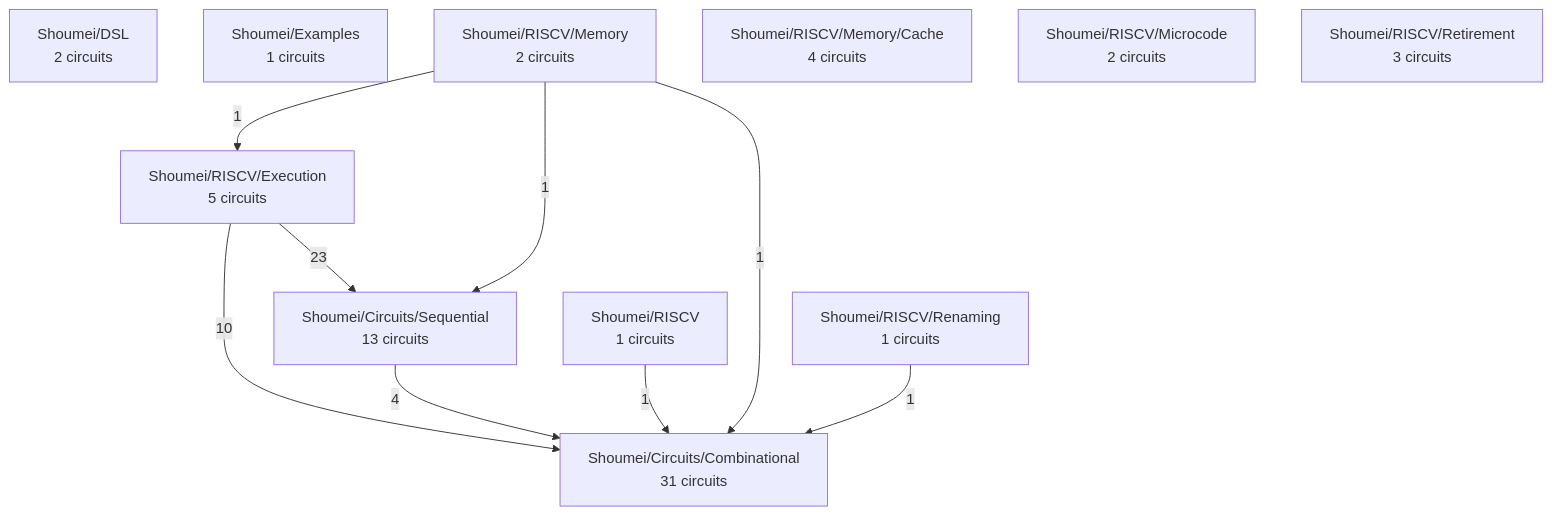
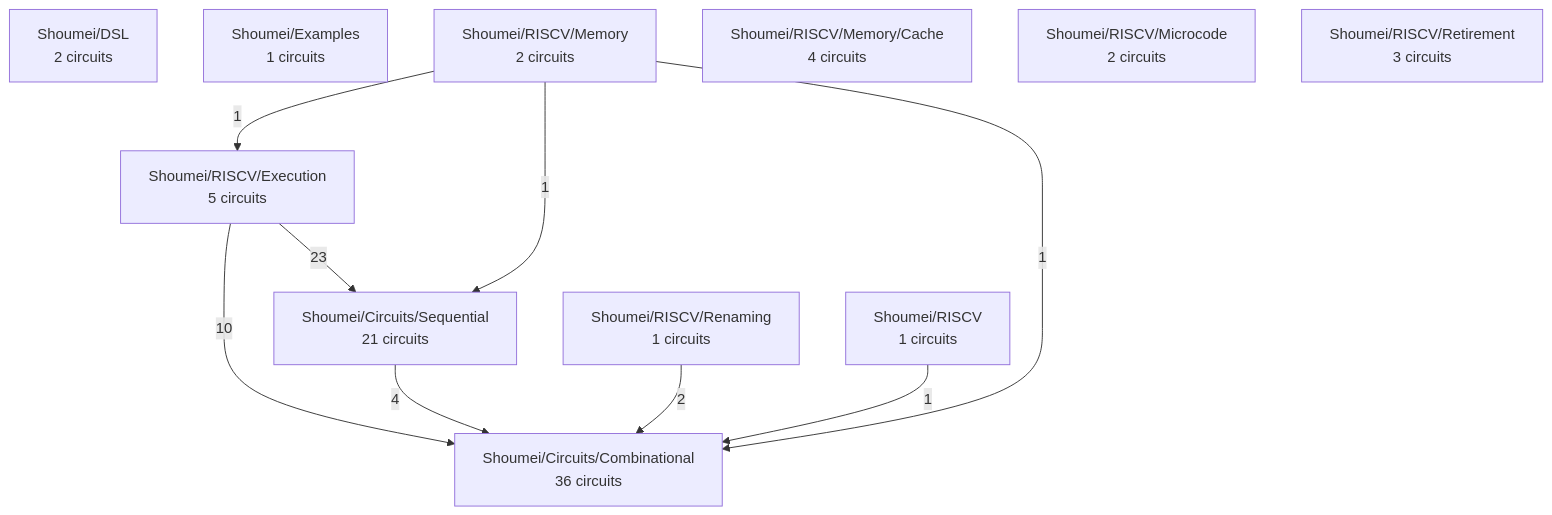
The diagram in docs/project-map.md (atvrager/Shoumei-RTL), drawn with Mermaid before and after one commit. The commit also changed other lines of this file and 5 other files, not shown here.

````diff
--- a/docs/project-map.md
+++ b/docs/project-map.md
@@ -25,22 +25,22 @@
 ```mermaid
 graph TD
-  Shoumei_Circuits_Combinational["Shoumei/Circuits/Combinational<br/>31 circuits"]
-  Shoumei_Circuits_Sequential["Shoumei/Circuits/Sequential<br/>13 circuits"]
+  Shoumei_Circuits_Combinational["Shoumei/Circuits/Combinational<br/>36 circuits"]
+  Shoumei_Circuits_Sequential["Shoumei/Circuits/Sequential<br/>21 circuits"]
   Shoumei_DSL["Shoumei/DSL<br/>2 circuits"]
   Shoumei_Examples["Shoumei/Examples<br/>1 circuits"]
   Shoumei_RISCV["Shoumei/RISCV<br/>1 circuits"]
   Shoumei_RISCV_Execution["Shoumei/RISCV/Execution<br/>5 circuits"]
   Shoumei_RISCV_Memory["Shoumei/RISCV/Memory<br/>2 circuits"]
   Shoumei_RISCV_Memory_Cache["Shoumei/RISCV/Memory/Cache<br/>4 circuits"]
   Shoumei_RISCV_Microcode["Shoumei/RISCV/Microcode<br/>2 circuits"]
   Shoumei_RISCV_Renaming["Shoumei/RISCV/Renaming<br/>1 circuits"]
   Shoumei_RISCV_Retirement["Shoumei/RISCV/Retirement<br/>3 circuits"]
   Shoumei_RISCV_Execution -->|23| Shoumei_Circuits_Sequential
   Shoumei_RISCV_Execution -->|10| Shoumei_Circuits_Combinational
   Shoumei_Circuits_Sequential -->|4| Shoumei_Circuits_Combinational
+  Shoumei_RISCV_Renaming -->|2| Shoumei_Circuits_Combinational
   Shoumei_RISCV -->|1| Shoumei_Circuits_Combinational
   Shoumei_RISCV_Memory -->|1| Shoumei_Circuits_Combinational
   Shoumei_RISCV_Memory -->|1| Shoumei_Circuits_Sequential
   Shoumei_RISCV_Memory -->|1| Shoumei_RISCV_Execution
-  Shoumei_RISCV_Renaming -->|1| Shoumei_Circuits_Combinational
 ```
````
